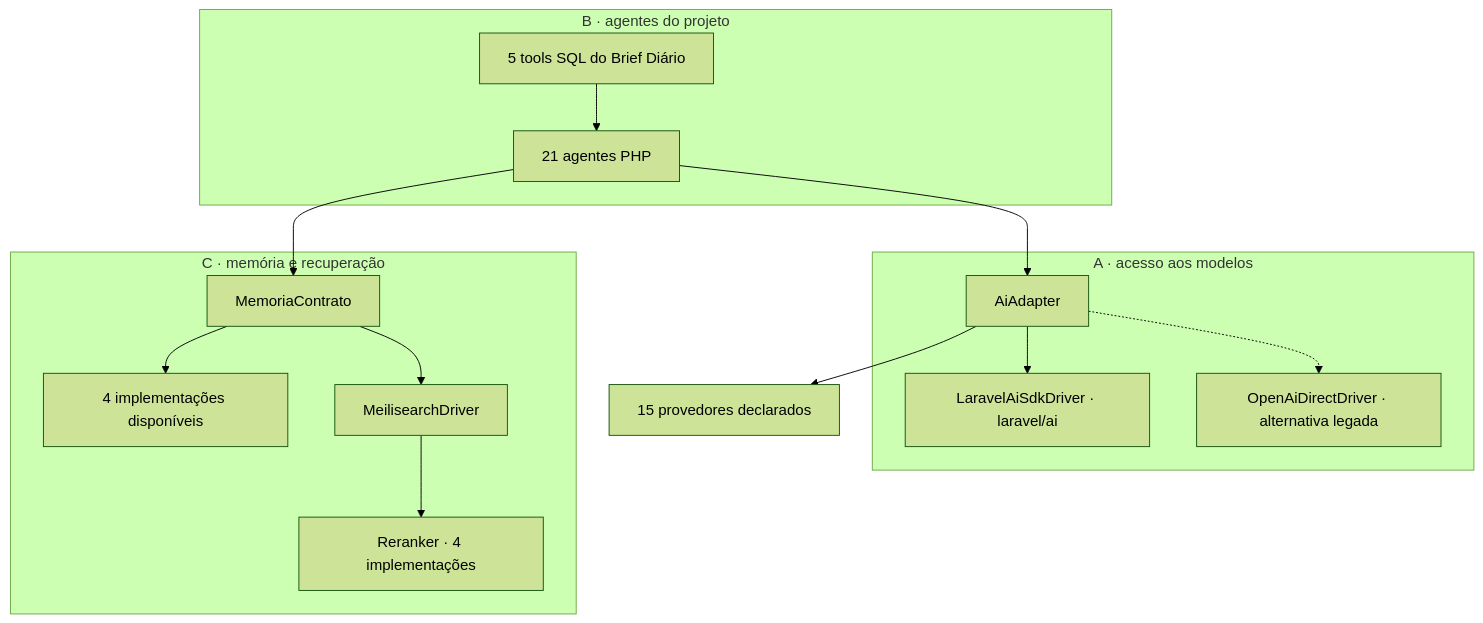
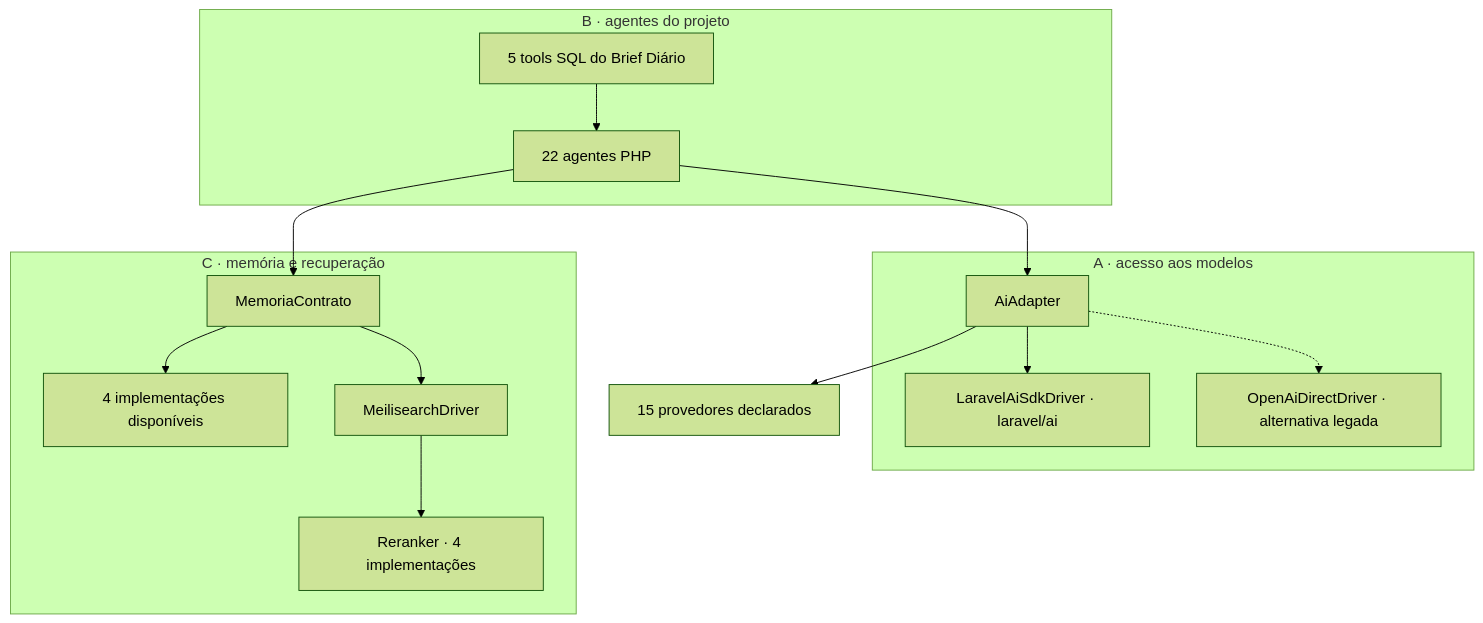
One commit to wagnerra23/oimpresso.com changed the second of 5 diagrams in memory/requisitos/Jana/ARCHITECTURE.md. Above: the diagram before and after it, drawn with Mermaid (forest theme). The commit also changed other lines of this file and 3 other files, not shown here.

````diff
--- a/memory/requisitos/Jana/ARCHITECTURE.md
+++ b/memory/requisitos/Jana/ARCHITECTURE.md
@@ -55,25 +55,25 @@
 ```mermaid
 flowchart TB
   subgraph B["B · agentes do projeto"]
-    AG["21 agentes PHP"]
+    AG["22 agentes PHP"]
     DATA["5 tools SQL do Brief Diário"]
     DATA --> AG
   end
   subgraph A["A · acesso aos modelos"]
     CONTRACT["AiAdapter"]
     SDK["LaravelAiSdkDriver · laravel/ai"]
     LEGACY["OpenAiDirectDriver · alternativa legada"]
     CONTRACT --> SDK
     CONTRACT -.-> LEGACY
   end
   subgraph C["C · memória e recuperação"]
     MEMORY["MemoriaContrato"]
     MEMIMPL["4 implementações disponíveis"]
     SEARCH["MeilisearchDriver"]
     RERANK["Reranker · 4 implementações"]
     MEMORY --> MEMIMPL
     MEMORY --> SEARCH --> RERANK
   end
   AG --> CONTRACT --> PROVIDERS["15 provedores declarados"]
   AG --> MEMORY
 ```
````
